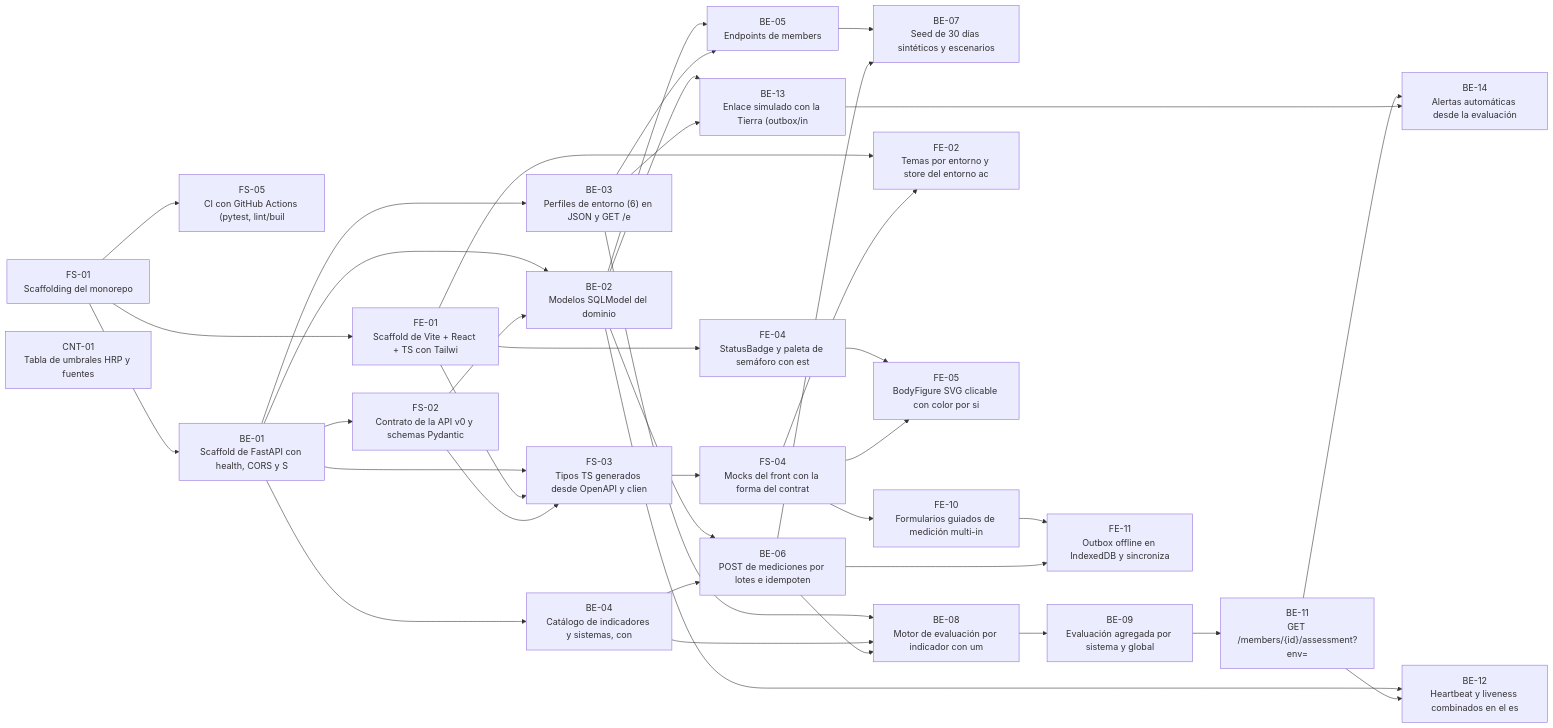
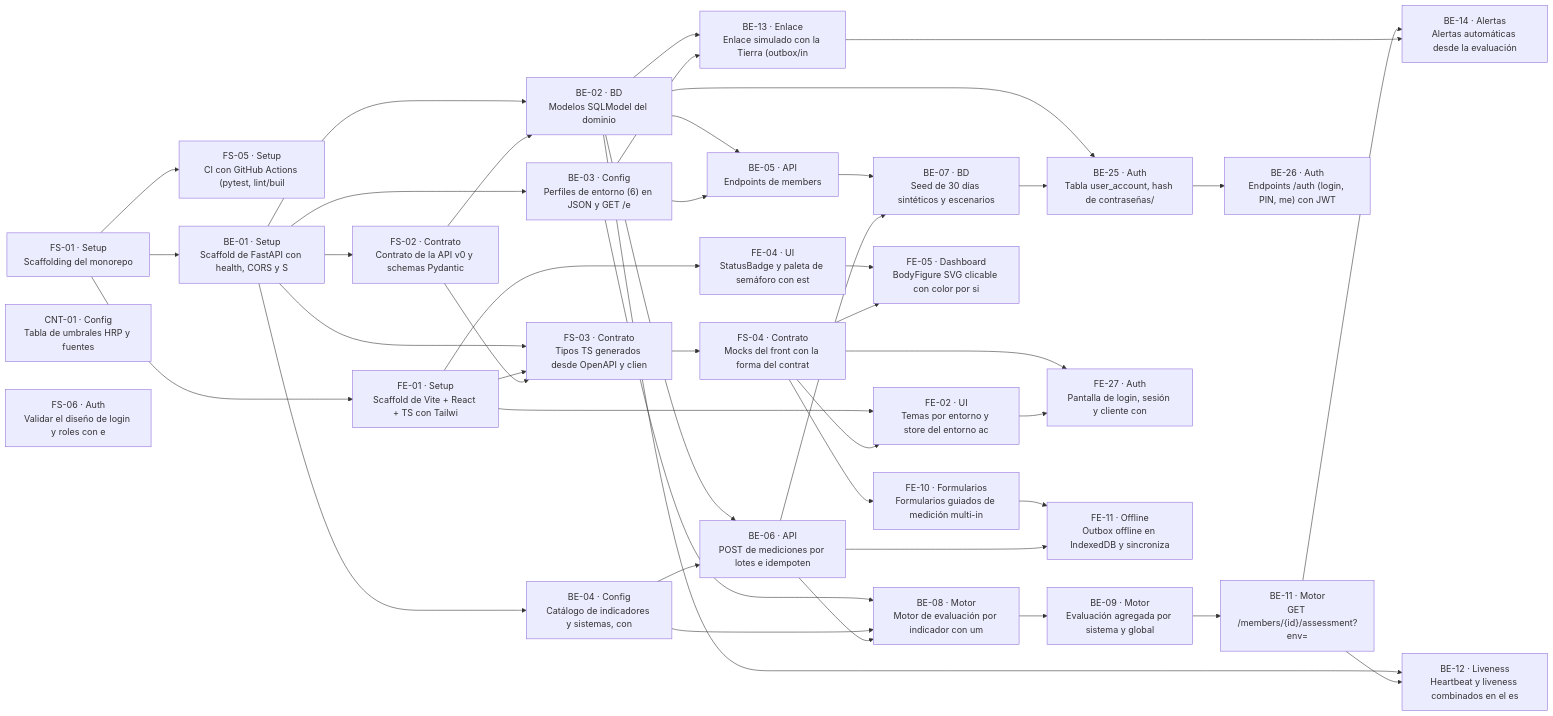
The diagram in docs/backlog.md (NASAHACKATON2026FTHEALTH42U/RUOK), drawn with Mermaid before and after one commit. The commit also changed other lines of this file and 10 other files, not shown here.

First line of the commit message:
docs+backlog: componentes por issue y diseño de login y roles

````diff
--- a/docs/backlog.md
+++ b/docs/backlog.md
@@ -98,65 +128,74 @@
 ```mermaid
 graph LR
-  FS_01["FS-01<br/>Scaffolding del monorepo"]
-  FS_05["FS-05<br/>CI con GitHub Actions (pytest, lint/buil"]
+  FS_01["FS-01 · Setup<br/>Scaffolding del monorepo"]
+  FS_05["FS-05 · Setup<br/>CI con GitHub Actions (pytest, lint/buil"]
   FS_01 --> FS_05
-  BE_01["BE-01<br/>Scaffold de FastAPI con health, CORS y S"]
+  BE_01["BE-01 · Setup<br/>Scaffold de FastAPI con health, CORS y S"]
   FS_01 --> BE_01
-  FE_01["FE-01<br/>Scaffold de Vite + React + TS con Tailwi"]
+  FE_01["FE-01 · Setup<br/>Scaffold de Vite + React + TS con Tailwi"]
   FS_01 --> FE_01
-  FS_02["FS-02<br/>Contrato de la API v0 y schemas Pydantic"]
+  FS_02["FS-02 · Contrato<br/>Contrato de la API v0 y schemas Pydantic"]
   BE_01 --> FS_02
-  FS_03["FS-03<br/>Tipos TS generados desde OpenAPI y clien"]
+  FS_03["FS-03 · Contrato<br/>Tipos TS generados desde OpenAPI y clien"]
   BE_01 --> FS_03
   FE_01 --> FS_03
   FS_02 --> FS_03
-  FS_04["FS-04<br/>Mocks del front con la forma del contrat"]
+  FS_04["FS-04 · Contrato<br/>Mocks del front con la forma del contrat"]
   FS_03 --> FS_04
-  BE_02["BE-02<br/>Modelos SQLModel del dominio"]
+  BE_02["BE-02 · BD<br/>Modelos SQLModel del dominio"]
   BE_01 --> BE_02
   FS_02 --> BE_02
-  BE_03["BE-03<br/>Perfiles de entorno (6) en JSON y GET /e"]
+  BE_03["BE-03 · Config<br/>Perfiles de entorno (6) en JSON y GET /e"]
   BE_01 --> BE_03
-  BE_04["BE-04<br/>Catálogo de indicadores y sistemas, con "]
+  BE_04["BE-04 · Config<br/>Catálogo de indicadores y sistemas, con "]
   BE_01 --> BE_04
-  CNT_01["CNT-01<br/>Tabla de umbrales HRP y fuentes"]
-  BE_05["BE-05<br/>Endpoints de members"]
+  CNT_01["CNT-01 · Config<br/>Tabla de umbrales HRP y fuentes"]
+  FS_06["FS-06 · Auth<br/>Validar el diseño de login y roles con e"]
+  BE_05["BE-05 · API<br/>Endpoints de members"]
   BE_02 --> BE_05
   BE_03 --> BE_05
-  BE_06["BE-06<br/>POST de mediciones por lotes e idempoten"]
+  BE_06["BE-06 · API<br/>POST de mediciones por lotes e idempoten"]
   BE_02 --> BE_06
   BE_04 --> BE_06
-  BE_07["BE-07<br/>Seed de 30 días sintéticos y escenarios "]
+  BE_07["BE-07 · BD<br/>Seed de 30 días sintéticos y escenarios "]
   BE_05 --> BE_07
   BE_06 --> BE_07
-  BE_08["BE-08<br/>Motor de evaluación por indicador con um"]
+  BE_08["BE-08 · Motor<br/>Motor de evaluación por indicador con um"]
   BE_03 --> BE_08
   BE_04 --> BE_08
   BE_06 --> BE_08
-  BE_09["BE-09<br/>Evaluación agregada por sistema y global"]
+  BE_09["BE-09 · Motor<br/>Evaluación agregada por sistema y global"]
   BE_08 --> BE_09
-  BE_11["BE-11<br/>GET /members/{id}/assessment?env="]
+  BE_11["BE-11 · Motor<br/>GET /members/{id}/assessment?env="]
   BE_09 --> BE_11
-  FE_02["FE-02<br/>Temas por entorno y store del entorno ac"]
+  FE_02["FE-02 · UI<br/>Temas por entorno y store del entorno ac"]
   FE_01 --> FE_02
   FS_04 --> FE_02
-  FE_04["FE-04<br/>StatusBadge y paleta de semáforo con est"]
+  FE_04["FE-04 · UI<br/>StatusBadge y paleta de semáforo con est"]
   FE_01 --> FE_04
-  FE_05["FE-05<br/>BodyFigure SVG clicable con color por si"]
+  FE_05["FE-05 · Dashboard<br/>BodyFigure SVG clicable con color por si"]
   FE_04 --> FE_05
   FS_04 --> FE_05
-  FE_10["FE-10<br/>Formularios guiados de medición multi-in"]
+  FE_10["FE-10 · Formularios<br/>Formularios guiados de medición multi-in"]
   FS_04 --> FE_10
-  BE_13["BE-13<br/>Enlace simulado con la Tierra (outbox/in"]
+  BE_25["BE-25 · Auth<br/>Tabla user_account, hash de contraseñas/"]
+  BE_02 --> BE_25
+  BE_07 --> BE_25
+  BE_26["BE-26 · Auth<br/>Endpoints /auth (login, PIN, me) con JWT"]
+  BE_25 --> BE_26
+  FE_27["FE-27 · Auth<br/>Pantalla de login, sesión y cliente con "]
+  FS_04 --> FE_27
+  FE_02 --> FE_27
+  BE_13["BE-13 · Enlace<br/>Enlace simulado con la Tierra (outbox/in"]
   BE_02 --> BE_13
   BE_03 --> BE_13
-  BE_14["BE-14<br/>Alertas automáticas desde la evaluación "]
+  BE_14["BE-14 · Alertas<br/>Alertas automáticas desde la evaluación "]
   BE_11 --> BE_14
   BE_13 --> BE_14
-  BE_12["BE-12<br/>Heartbeat y liveness combinados en el es"]
+  BE_12["BE-12 · Liveness<br/>Heartbeat y liveness combinados en el es"]
   BE_02 --> BE_12
   BE_11 --> BE_12
-  FE_11["FE-11<br/>Outbox offline en IndexedDB y sincroniza"]
+  FE_11["FE-11 · Offline<br/>Outbox offline en IndexedDB y sincroniza"]
   FE_10 --> FE_11
   BE_06 --> FE_11
 ```
````
